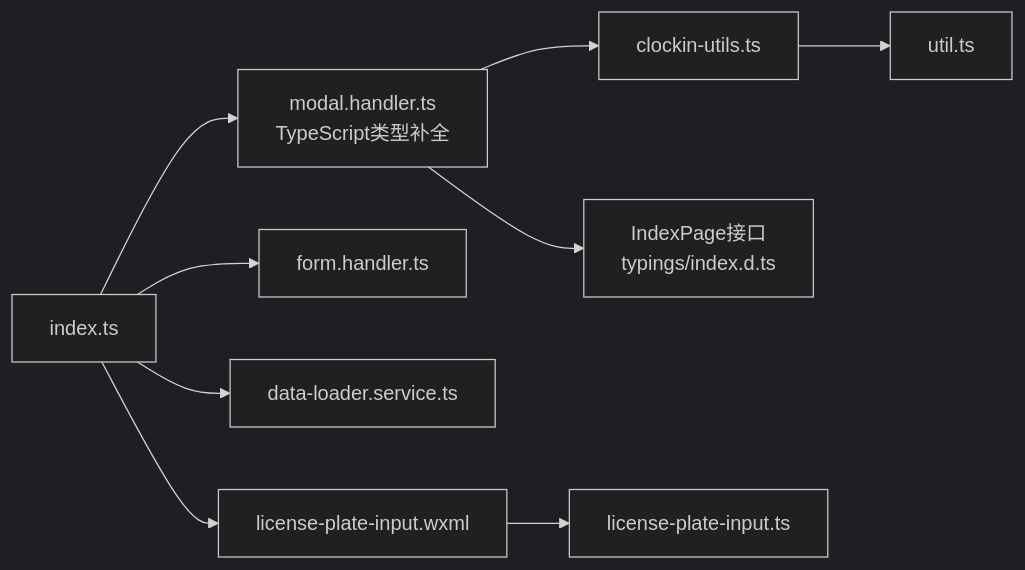
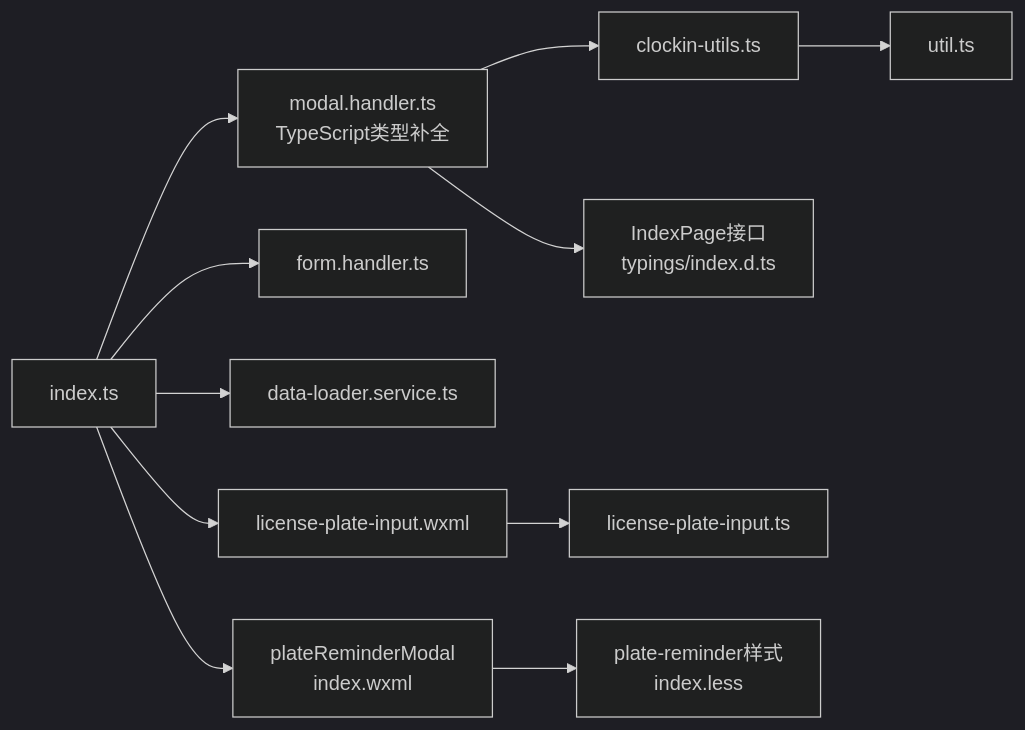
One commit to xwHoward/padoo-consulation-printer changed the eighth of 8 diagrams in .qoder/repowiki/zh/content/咨询单管理系统/模态框处理器.md. Above: the diagram before and after it, drawn with Mermaid (dark theme). The commit also changed other lines of this file and 21 other files, not shown here.

````diff
--- a/.qoder/repowiki/zh/content/咨询单管理系统/模态框处理器.md
+++ b/.qoder/repowiki/zh/content/咨询单管理系统/模态框处理器.md
@@ -345,11 +390,13 @@
 ```mermaid
 graph LR
 IndexTS["index.ts"] --> ModalHandlerTS["modal.handler.ts<br/>TypeScript类型补全"]
 IndexTS --> FormHandlerTS["form.handler.ts"]
 IndexTS --> DataLoaderTS["data-loader.service.ts"]
 ModalHandlerTS --> ClockInUtilsTS["clockin-utils.ts"]
 ClockInUtilsTS --> UtilTS["util.ts"]
 IndexTS --> LicensePlateWXML["license-plate-input.wxml"]
 LicensePlateWXML --> LicensePlateTS["license-plate-input.ts"]
 ModalHandlerTS --> IndexPageTS["IndexPage接口<br/>typings/index.d.ts"]
+IndexTS --> PlateReminderWXML["plateReminderModal<br/>index.wxml"]
+PlateReminderWXML --> PlateReminderLESS["plate-reminder样式<br/>index.less"]
 ```
````
